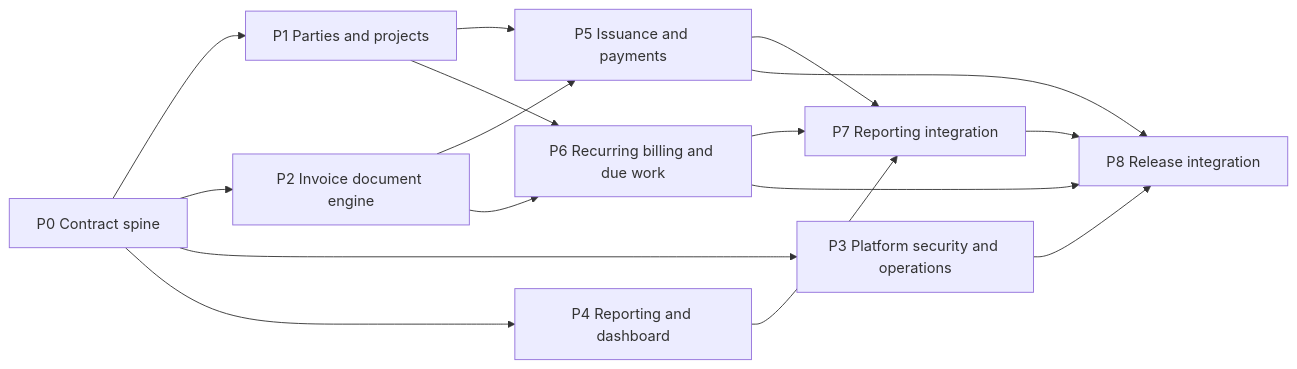
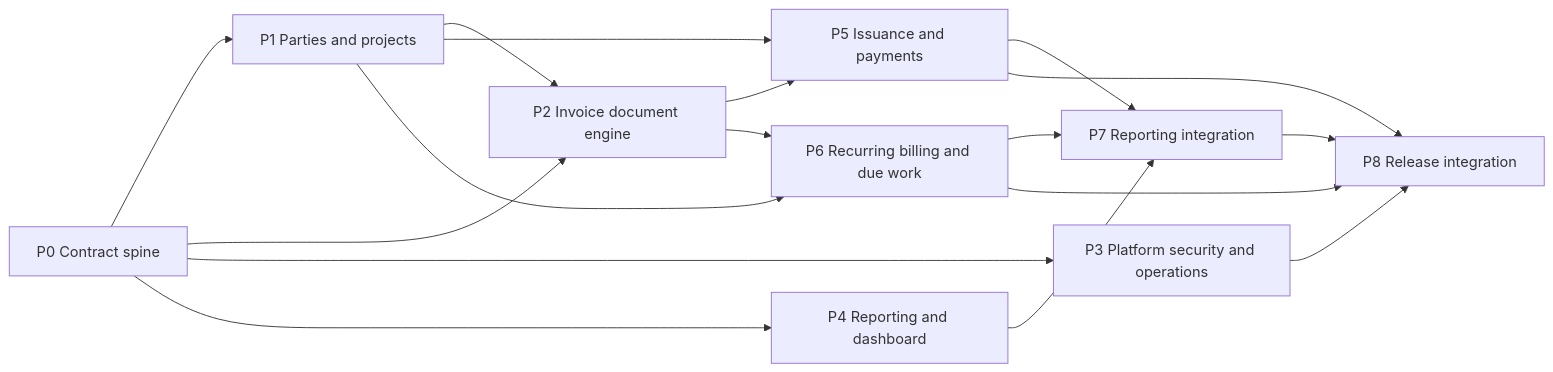
Before and after one commit to LynnColeArt/invoice-manager: the second of 2 diagrams in docs/planning-brief.md, drawn with Mermaid. The commit also changed other lines of this file and 1 other file, not shown here.

````diff
--- a/docs/planning-brief.md
+++ b/docs/planning-brief.md
@@ -497,28 +497,29 @@
 ```mermaid
 flowchart LR
     P0[P0 Contract spine]
     P1[P1 Parties and projects]
     P2[P2 Invoice document engine]
     P3[P3 Platform security and operations]
     P4[P4 Reporting and dashboard]
     P5[P5 Issuance and payments]
     P6[P6 Recurring billing and due work]
     P7[P7 Reporting integration]
     P8[P8 Release integration]
 
     P0 --> P1
     P0 --> P2
     P0 --> P3
     P0 --> P4
+    P1 --> P2
     P1 --> P5
     P2 --> P5
     P1 --> P6
     P2 --> P6
     P4 --> P7
     P5 --> P7
     P6 --> P7
     P3 --> P8
     P5 --> P8
     P6 --> P8
     P7 --> P8
 ```
````
